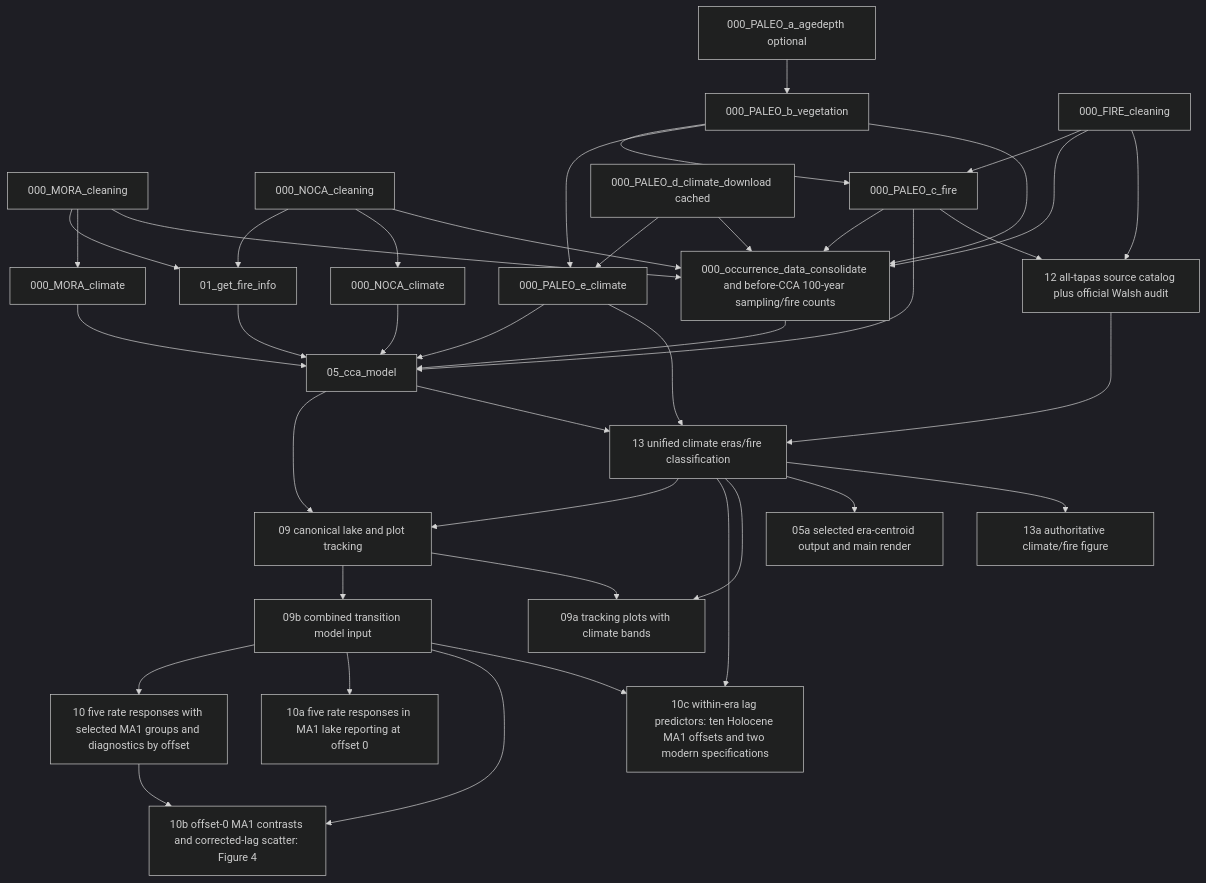
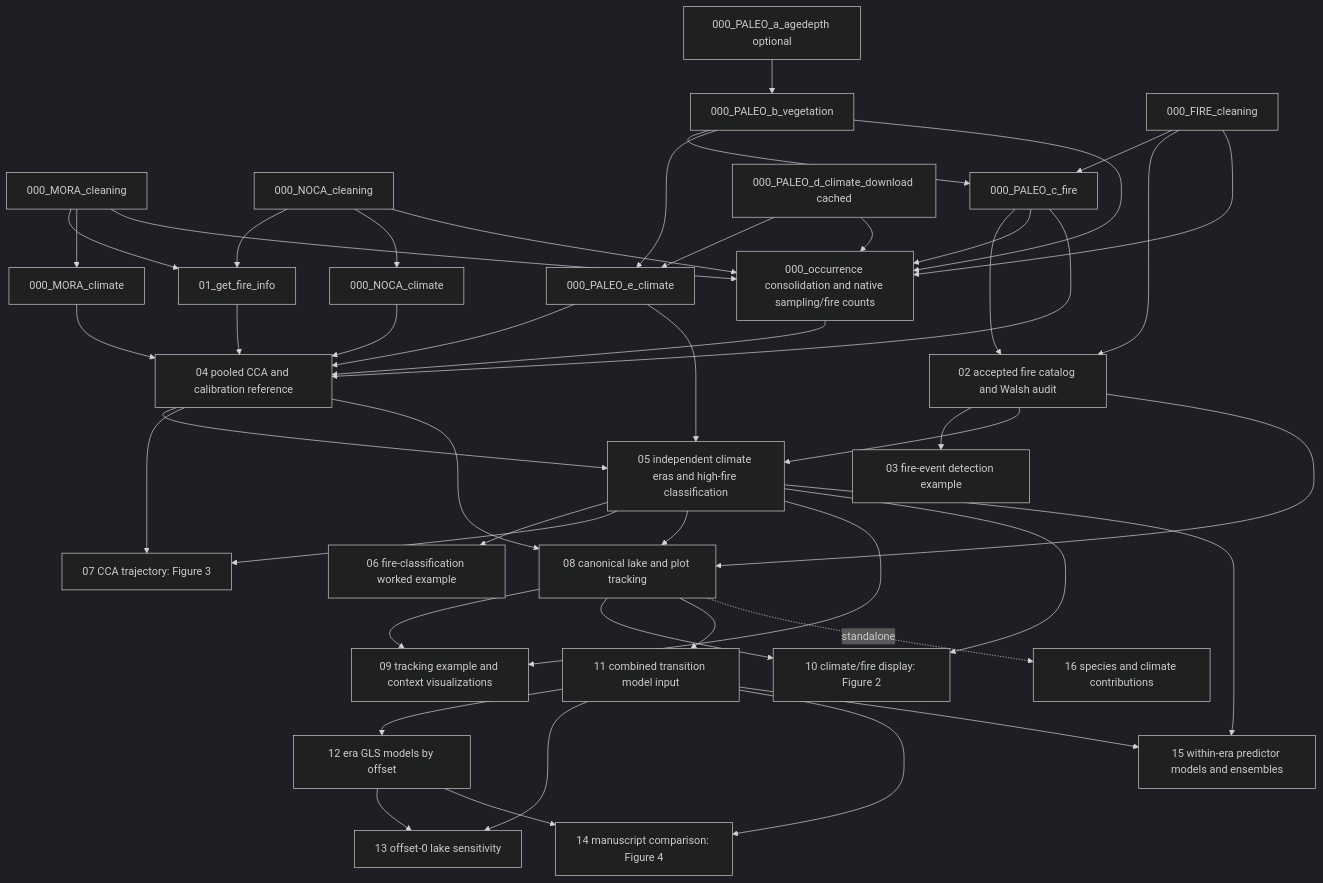
One commit to billurbektas/PaleoACES changed the diagram in docs/WORKFLOW.md. Above: the diagram before and after it, drawn with Mermaid (dark theme). The commit also changed other lines of this file and 71 other files, not shown here.

````diff
--- a/docs/WORKFLOW.md
+++ b/docs/WORKFLOW.md
@@ -75,42 +75,49 @@
 ```mermaid
 flowchart TD
   MV[000_MORA_cleaning] --> AF[01_get_fire_info]
   NV[000_NOCA_cleaning] --> AF
   MV --> MC[000_MORA_climate]
   NV --> NC[000_NOCA_climate]
   BA[000_PALEO_a_agedepth optional] --> PV[000_PALEO_b_vegetation]
   FW[000_FIRE_cleaning] --> PF[000_PALEO_c_fire]
   PV --> PF
   PD[000_PALEO_d_climate_download cached] --> PE[000_PALEO_e_climate]
   PV --> PE
-  MV --> OC[000_occurrence_data_consolidate and before-CCA 100-year sampling/fire counts]
+  FW --> WR[02 accepted fire catalog and Walsh audit]
+  PF --> WR
+  WR --> FD[03 fire-event detection example]
+  MV --> OC[000_occurrence consolidation and native sampling/fire counts]
   NV --> OC
   PV --> OC
   PD --> OC
   FW --> OC
   PF --> OC
-  OC --> CCA[05_cca_model]
+  OC --> CCA[04 pooled CCA and calibration reference]
   MC --> CCA
   NC --> CCA
   PE --> CCA
   AF --> CCA
   PF --> CCA
-  CCA --> TM1[09 canonical lake and plot tracking]
-  FW --> WR[12 all-tapas source catalog plus official Walsh audit]
-  PF --> WR
-  CCA --> ER[13 unified climate eras/fire classification]
-  ER --> TM1
-  TM1 --> MD[09b combined transition model input]
-  MD --> GLS[10 five rate responses with selected MA1 groups and diagnostics by offset]
-  MD --> LS[10a five rate responses in MA1 lake reporting at offset 0]
-  MD --> MF[10b offset-0 MA1 contrasts and corrected-lag scatter: Figure 4]
-  MD --> PM[10c within-era lag predictors: ten Holocene MA1 offsets and two modern specifications]
-  ER --> PM
-  GLS --> MF
-  TM1 --> TV[09a tracking plots with climate bands]
-  ER --> TV
+  CCA --> ER[05 independent climate eras and high-fire classification]
   PE --> ER
   WR --> ER
-  ER --> CA[05a selected era-centroid output and main render]
-  ER --> CF[13a authoritative climate/fire figure]
+  ER --> FE[06 fire-classification worked example]
+  CCA --> CA[07 CCA trajectory: Figure 3]
+  ER --> CA
+  CCA --> TM[08 canonical lake and plot tracking]
+  ER --> TM
+  WR --> TM
+  TM --> TV[09 tracking example and context visualizations]
+  ER --> TV
+  TM --> CF[10 climate/fire display: Figure 2]
+  ER --> CF
+  TM --> MD[11 combined transition model input]
+  MD --> GLS[12 era GLS models by offset]
+  GLS --> LS[13 offset-0 lake sensitivity]
+  MD --> LS
+  GLS --> MF[14 manuscript comparison: Figure 4]
+  MD --> MF
+  MD --> PM[15 within-era predictor models and ensembles]
+  ER --> PM
+  TM -. standalone .-> SC[16 species and climate contributions]
 ```
````
